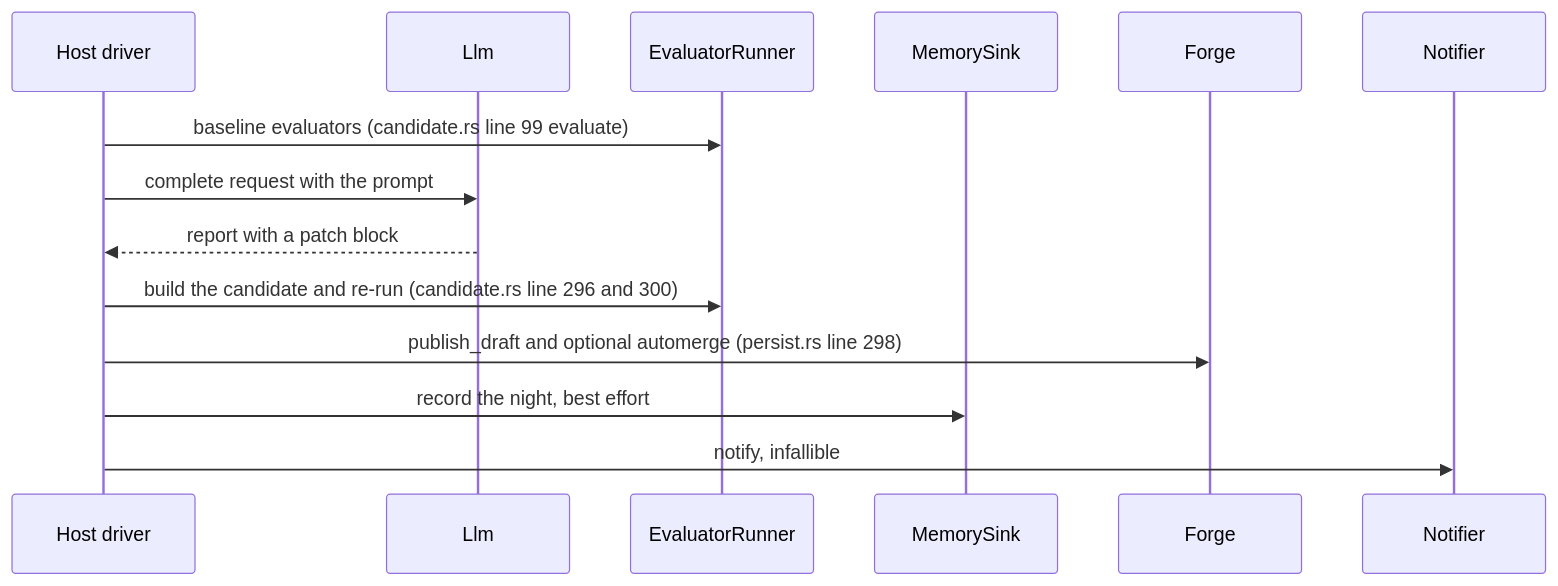
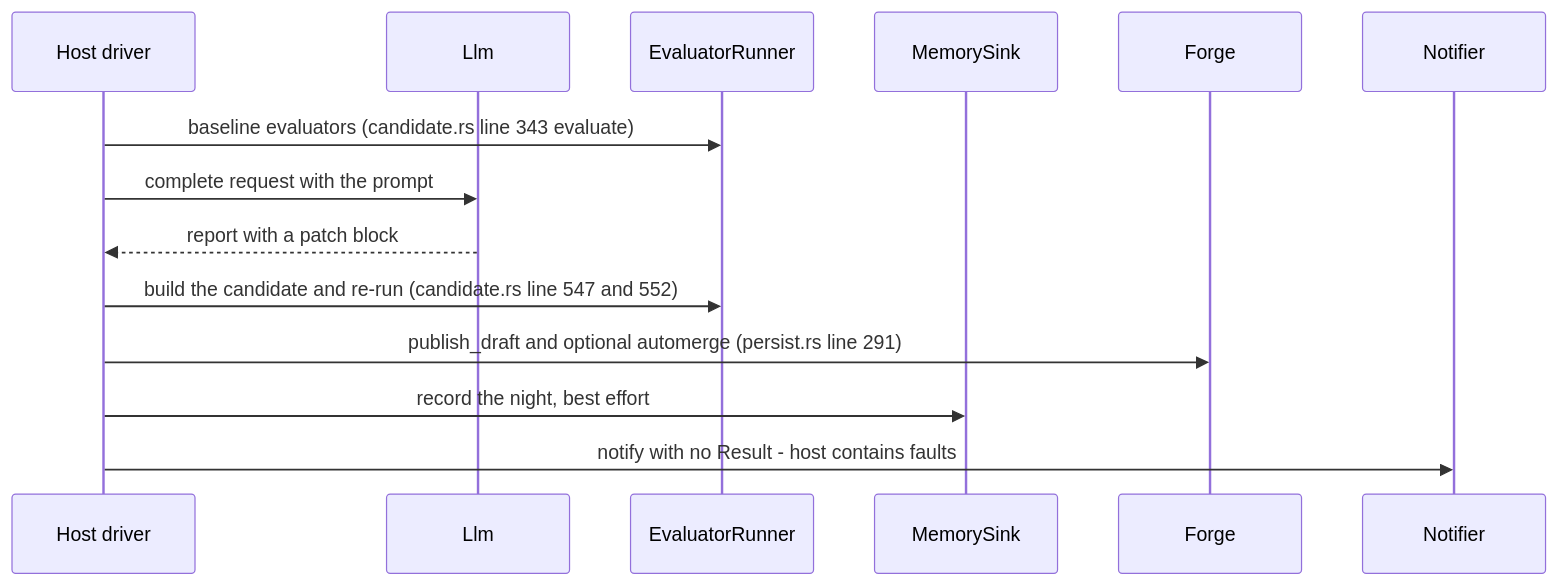
One commit to DreamLab-AI/dream-engine changed the second of 2 diagrams in docs/diagrams/crates/02-seams-and-what-implements-them.md. Above: the diagram before and after it, drawn with Mermaid. The commit also changed other lines of this file and 11 other files, not shown here.

Commit message:
docs: reconcile all dream-engine diagrams with current source contracts

````diff
--- a/docs/diagrams/crates/02-seams-and-what-implements-them.md
+++ b/docs/diagrams/crates/02-seams-and-what-implements-them.md
@@ -88,16 +87,16 @@
 ```mermaid
 sequenceDiagram
     participant H as Host driver
     participant L as Llm
     participant R as EvaluatorRunner
     participant M as MemorySink
     participant F as Forge
     participant N as Notifier
-    H->>R: baseline evaluators (candidate.rs line 99 evaluate)
+    H->>R: baseline evaluators (candidate.rs line 343 evaluate)
     H->>L: complete request with the prompt
     L-->>H: report with a patch block
-    H->>R: build the candidate and re-run (candidate.rs line 296 and 300)
-    H->>F: publish_draft and optional automerge (persist.rs line 298)
+    H->>R: build the candidate and re-run (candidate.rs line 547 and 552)
+    H->>F: publish_draft and optional automerge (persist.rs line 291)
     H->>M: record the night, best effort
-    H->>N: notify, infallible
+    H->>N: notify with no Result - host contains faults
 ```
````
